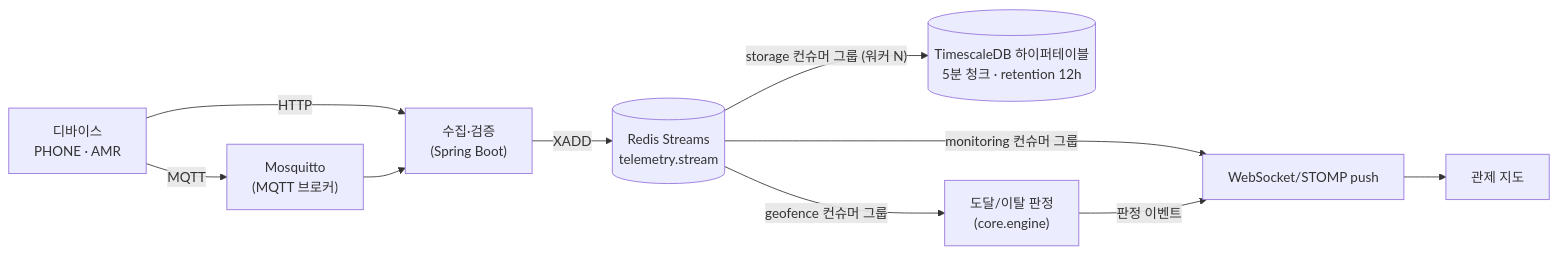
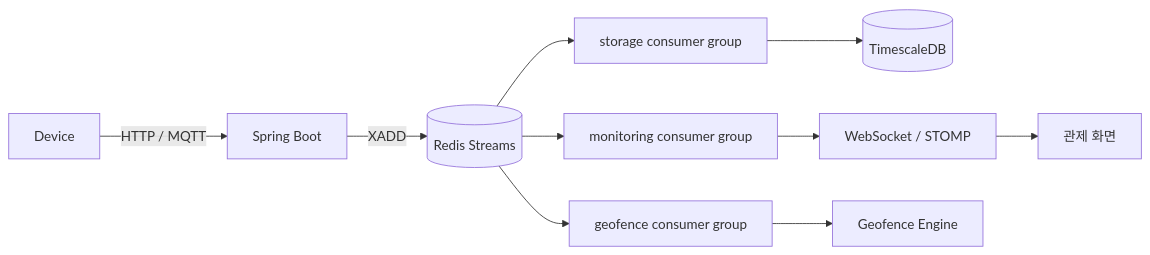
The first of 7 diagrams in README.md (thdwjdrl401/locus), drawn with Mermaid before and after one commit. The commit also changed other lines of this file, not shown here.

````diff
--- a/README.md
+++ b/README.md
@@ -42,18 +49,22 @@
 ```mermaid
 flowchart LR
-    DEV["디바이스<br/>PHONE · AMR"]
-    MQ["Mosquitto<br/>(MQTT 브로커)"]
-    IN["수집·검증<br/>(Spring Boot)"]
-    ST[("Redis Streams<br/>telemetry.stream")]
-    DB[("TimescaleDB 하이퍼테이블<br/>5분 청크 · retention 12h")]
-    WS["WebSocket/STOMP push"]
-    MAP["관제 지도"]
-    GF["도달/이탈 판정<br/>(core.engine)"]
+    DEV["Device"]
+    APP["Spring Boot"]
+    RS[("Redis Streams")]
 
-    DEV -->|HTTP| IN
-    DEV -->|MQTT| MQ --> IN
-    IN -->|XADD| ST
-    ST -->|"storage 컨슈머 그룹 (워커 N)"| DB
-    ST -->|"monitoring 컨슈머 그룹"| WS --> MAP
-    ST -->|"geofence 컨슈머 그룹"| GF -->|"판정 이벤트"| WS
+    STORAGE["storage consumer group"]
+    MONITORING["monitoring consumer group"]
+    GEOFENCE["geofence consumer group"]
+
+    DB[("TimescaleDB")]
+    WS["WebSocket / STOMP"]
+    MAP["관제 화면"]
+    GF["Geofence Engine"]
+
+    DEV -->|"HTTP / MQTT"| APP
+    APP -->|XADD| RS
+
+    RS --> STORAGE --> DB
+    RS --> MONITORING --> WS --> MAP
+    RS --> GEOFENCE --> GF
 ```
````
